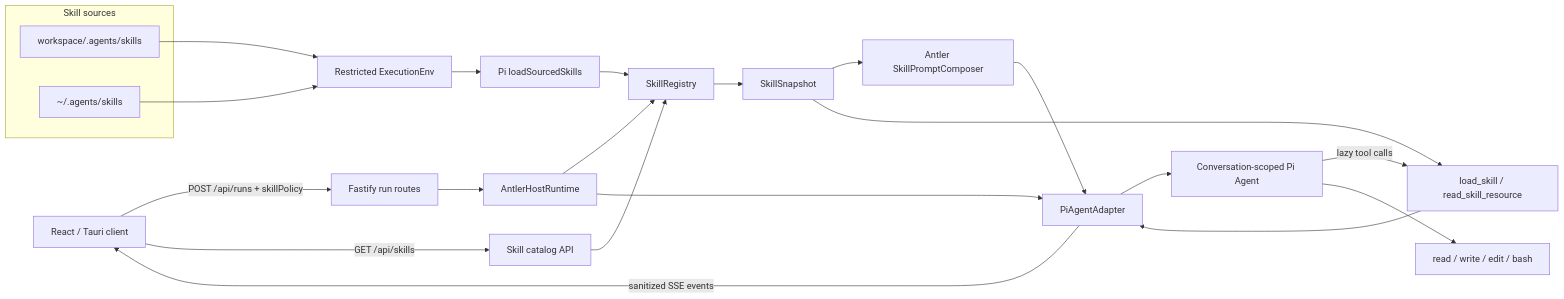
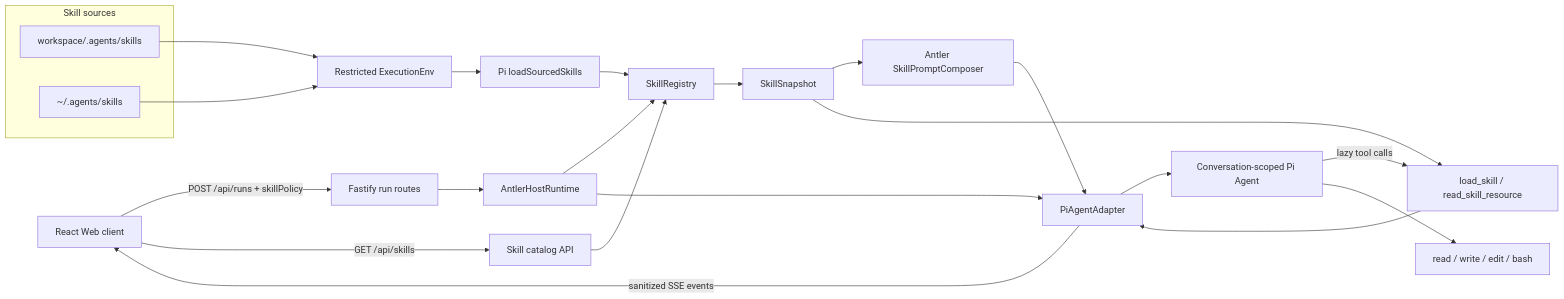
The diagram in docs/04-skill-backend-design.md (junqing258/antler), drawn with Mermaid before and after one commit. The commit also changed 101 other files, not shown here.

````diff
--- a/docs/04-skill-backend-design.md
+++ b/docs/04-skill-backend-design.md
@@ -138,30 +138,30 @@
 ```mermaid
 flowchart LR
-  Client["React / Tauri client"] -->|"POST /api/runs + skillPolicy"| Routes["Fastify run routes"]
+  Client["React Web client"] -->|"POST /api/runs + skillPolicy"| Routes["Fastify run routes"]
   Client -->|"GET /api/skills"| SkillRoutes["Skill catalog API"]
 
   Routes --> Runtime["AntlerHostRuntime"]
   SkillRoutes --> Registry["SkillRegistry"]
   Runtime --> Registry
 
   subgraph Sources["Skill sources"]
     Workspace["workspace/.agents/skills"]
     User["~/.agents/skills"]
   end
 
   Workspace --> Env["Restricted ExecutionEnv"]
   User --> Env
   Env --> PiSkills["Pi loadSourcedSkills"]
   PiSkills --> Registry
   Registry --> Snapshot["SkillSnapshot"]
   Snapshot --> Prompt["Antler SkillPromptComposer"]
   Snapshot --> SkillTools["load_skill / read_skill_resource"]
 
   Runtime --> Adapter["PiAgentAdapter"]
   Prompt --> Adapter
   SkillTools --> Adapter
   Adapter --> Agent["Conversation-scoped Pi Agent"]
   Agent -->|"lazy tool calls"| SkillTools
   Agent --> WorkspaceTools["read / write / edit / bash"]
   Adapter -->|"sanitized SSE events"| Client
 ```
````
